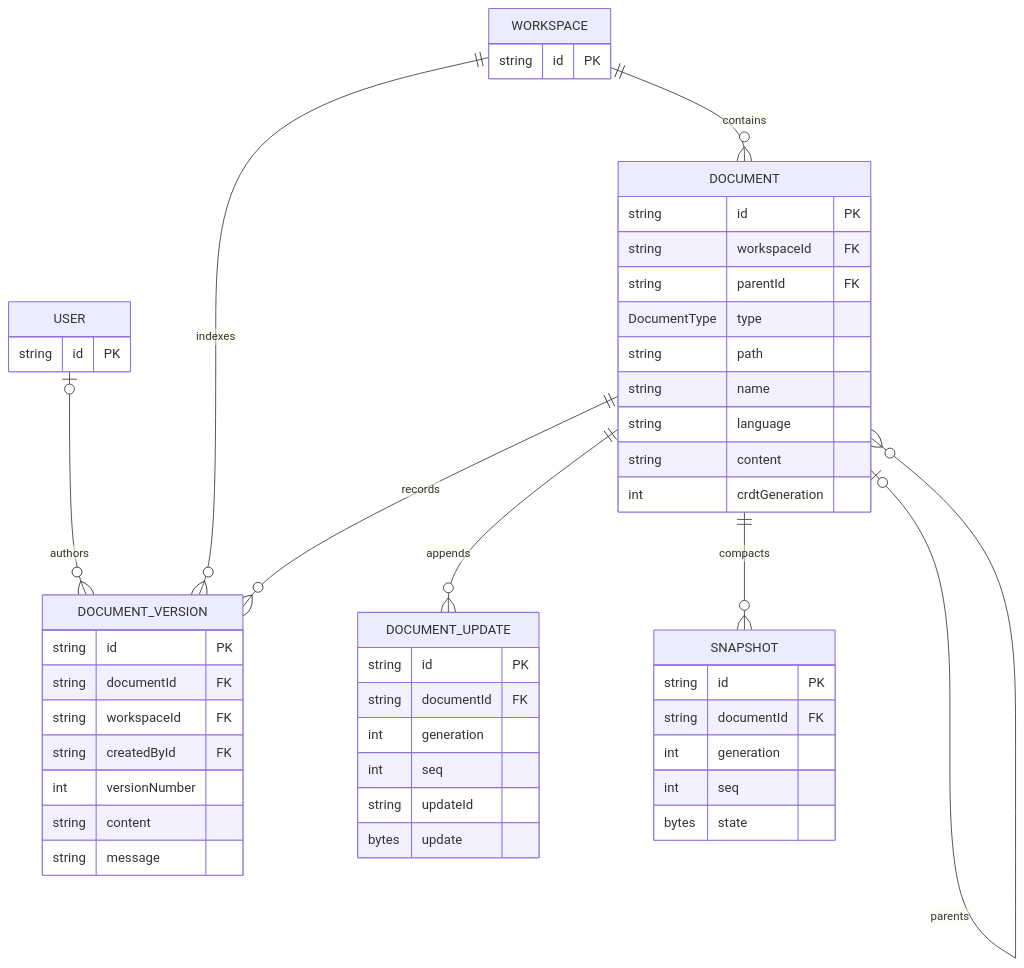
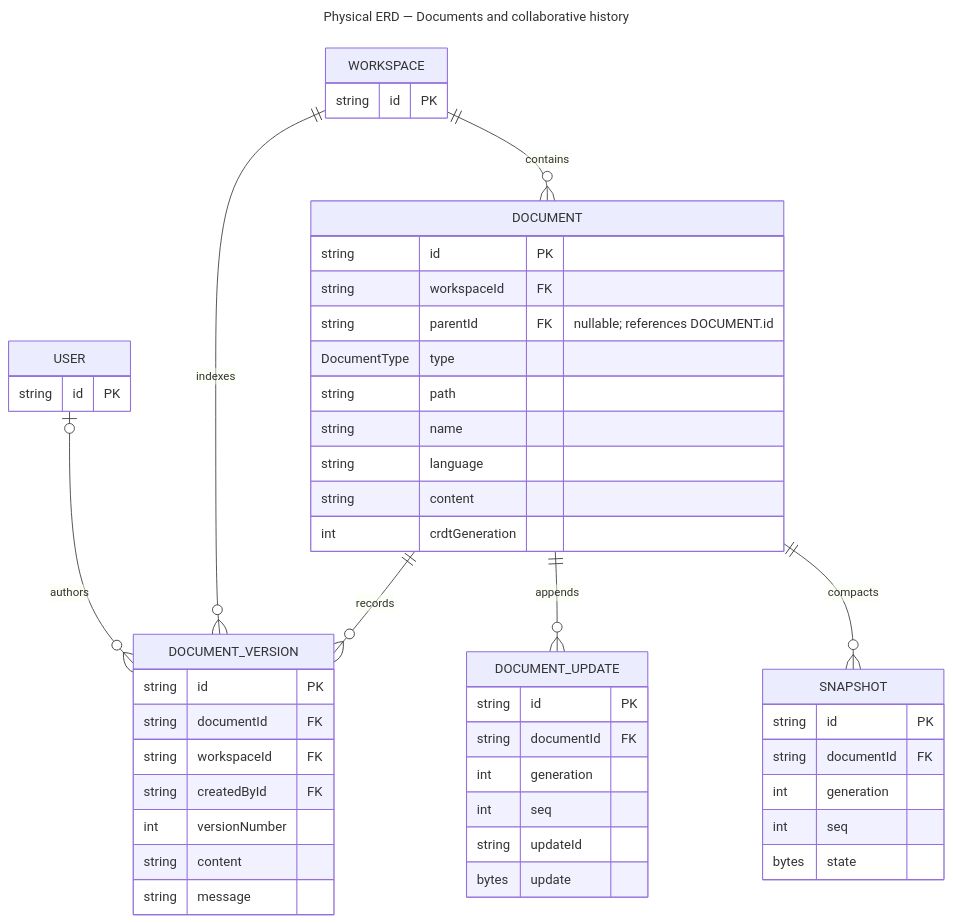
Before and after one commit to santinomarial/Meridian: the diagram in docs/diagrams/source/data-document-history.mmd, drawn with Mermaid. The commit also changed 62 other files, not shown here.

Commit message:
Perfect architecture diagrams and sizing

```diff
--- a/docs/diagrams/source/data-document-history.mmd
+++ b/docs/diagrams/source/data-document-history.mmd
@@ -1,50 +1,52 @@
+---
+title: Physical ERD — Documents and collaborative history
+---
 erDiagram
     USER o|--o{ DOCUMENT_VERSION : authors
     WORKSPACE ||--o{ DOCUMENT : contains
     WORKSPACE ||--o{ DOCUMENT_VERSION : indexes
-    DOCUMENT o|--o{ DOCUMENT : parents
     DOCUMENT ||--o{ DOCUMENT_VERSION : records
     DOCUMENT ||--o{ DOCUMENT_UPDATE : appends
     DOCUMENT ||--o{ SNAPSHOT : compacts
 
     USER {
         string id PK
     }
     WORKSPACE {
         string id PK
     }
     DOCUMENT {
         string id PK
         string workspaceId FK
-        string parentId FK
+        string parentId FK "nullable; references DOCUMENT.id"
         DocumentType type
         string path
         string name
         string language
         string content
         int crdtGeneration
     }
     DOCUMENT_VERSION {
         string id PK
         string documentId FK
         string workspaceId FK
         string createdById FK
         int versionNumber
         string content
         string message
     }
     DOCUMENT_UPDATE {
         string id PK
         string documentId FK
         int generation
         int seq
         string updateId
         bytes update
     }
     SNAPSHOT {
         string id PK
         string documentId FK
         int generation
         int seq
         bytes state
     }
```
